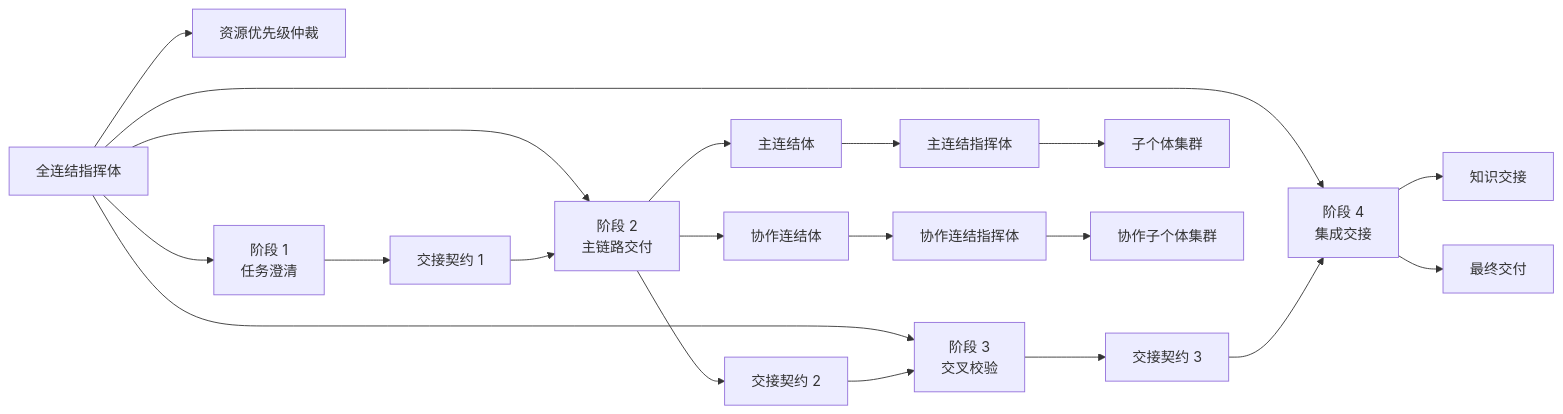
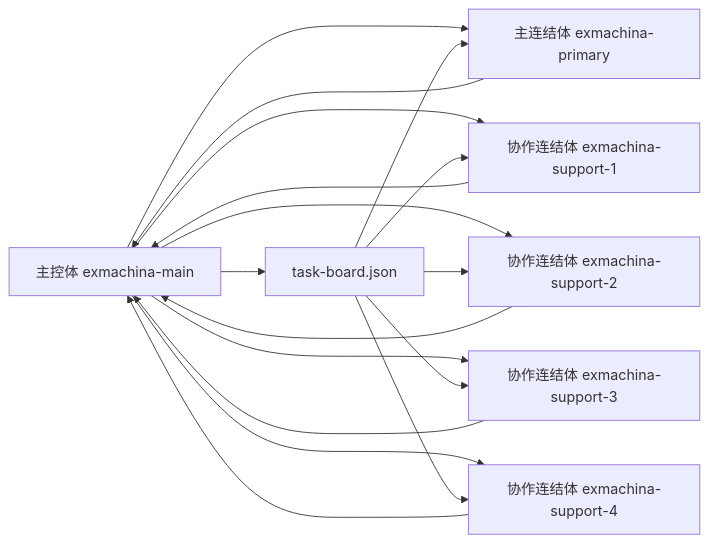
The second of 2 diagrams in docs/ARCHITECTURE.md (KurohaneKaoruko/ExMachina-Agents), drawn with Mermaid before and after one commit. The commit also changed other lines of this file and 238 other files, not shown here.

````diff
--- a/docs/ARCHITECTURE.md
+++ b/docs/ARCHITECTURE.md
@@ -40,26 +25,21 @@
 ```mermaid
 flowchart LR
-    G[全连结指挥体] --> RA[资源优先级仲裁]
-    G --> S1[阶段 1\n任务澄清]
-    G --> S2[阶段 2\n主链路交付]
-    G --> S3[阶段 3\n交叉校验]
-    G --> S4[阶段 4\n集成交接]
+    M[主控体 exmachina-main] --> P1[主连结体 exmachina-primary]
+    M --> S1[协作连结体 exmachina-support-1]
+    M --> S2[协作连结体 exmachina-support-2]
+    M --> S3[协作连结体 exmachina-support-3]
+    M --> S4[协作连结体 exmachina-support-4]
 
-    S1 --> C1[交接契约 1]
-    S2 --> C2[交接契约 2]
-    S3 --> C3[交接契约 3]
+    P1 --> M
+    S1 --> M
+    S2 --> M
+    S3 --> M
+    S4 --> M
 
-    C1 --> S2
-    C2 --> S3
-    C3 --> S4
-
-    S2 --> PB[主连结体]
-    S2 --> SB[协作连结体]
-    PB --> PLC[主连结指挥体]
-    SB --> SLC[协作连结指挥体]
-    PLC --> AG[子个体集群]
-    SLC --> AG2[协作子个体集群]
-
-    S4 --> KH[知识交接]
-    S4 --> OUT[最终交付]
+    M --> TASK[task-board.json]
+    TASK --> P1
+    TASK --> S1
+    TASK --> S2
+    TASK --> S3
+    TASK --> S4
 ```
````
